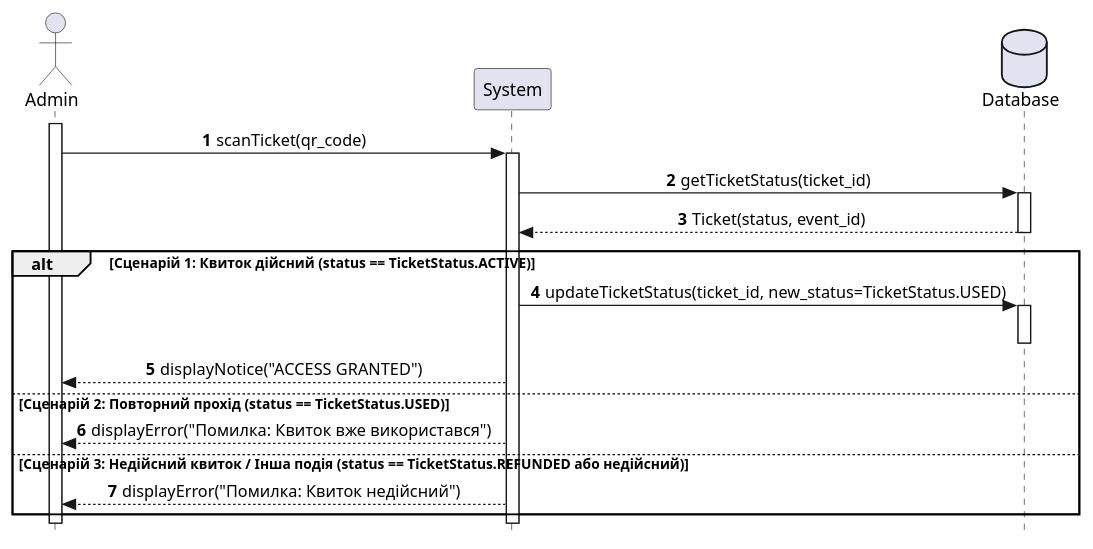
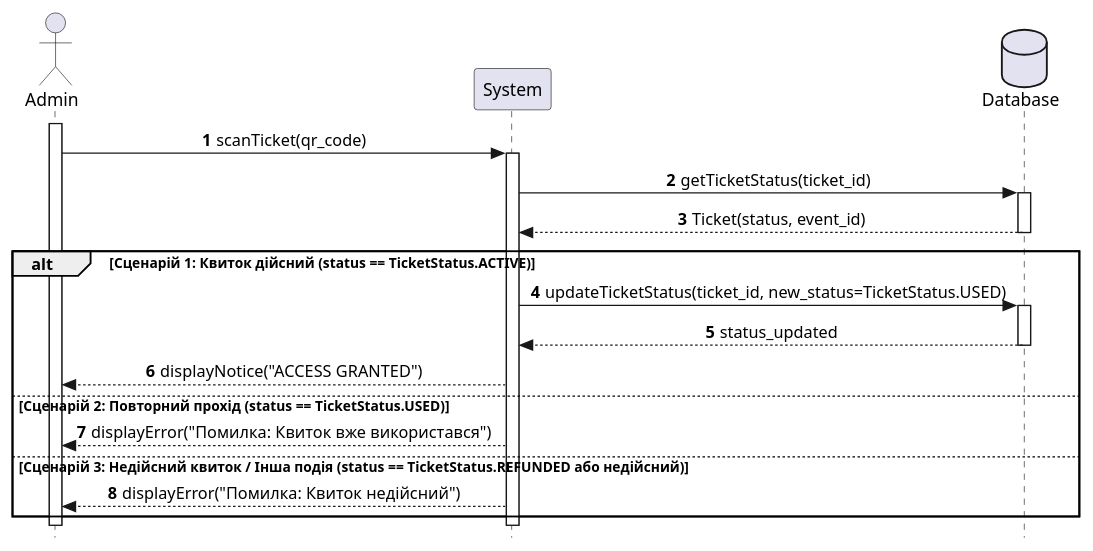
One commit to anastasiiaaz/2-course-mavpz changed the diagram in lab3/scenario3.puml. Above: the diagram before and after it, drawn with PlantUML. The commit also changed 2 other files, not shown here.

Commit message:
fix: use break and fix par in sequence diagrams

```diff
--- a/lab3/scenario3.puml
+++ b/lab3/scenario3.puml
@@ -1,34 +1,35 @@
 @startuml scan_ticket
 autonumber
 skinparam Style strictuml
 skinparam SequenceMessageAlignment center
 
 actor "Admin" as A
 participant "System" as App
 database "Database" as DB
 
 activate A
 A -> App : scanTicket(qr_code)
 activate App
 
 App -> DB : getTicketStatus(ticket_id)
 activate DB
 DB --> App : Ticket(status, event_id)
 deactivate DB
 
 alt Сценарій 1: Квиток дійсний (status == TicketStatus.ACTIVE)
     App -> DB : updateTicketStatus(ticket_id, new_status=TicketStatus.USED)
     activate DB
+    DB --> App : status_updated
     deactivate DB
     App --> A : displayNotice("ACCESS GRANTED")
 
 else Сценарій 2: Повторний прохід (status == TicketStatus.USED)
     App --> A : displayError("Помилка: Квиток вже використався")
 
 else Сценарій 3: Недійсний квиток / Інша подія (status == TicketStatus.REFUNDED або недійсний)
     App --> A : displayError("Помилка: Квиток недійсний")
 end
 
 deactivate App
 deactivate A
 @enduml
```
